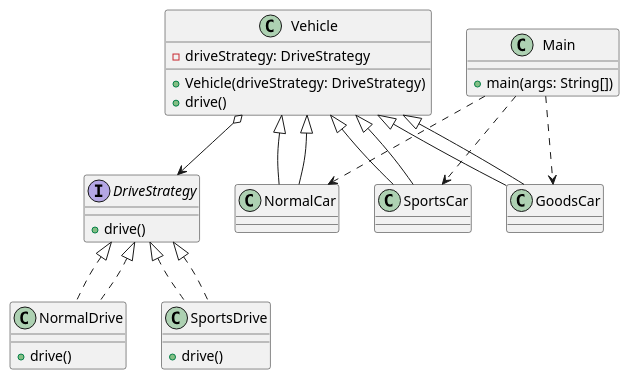
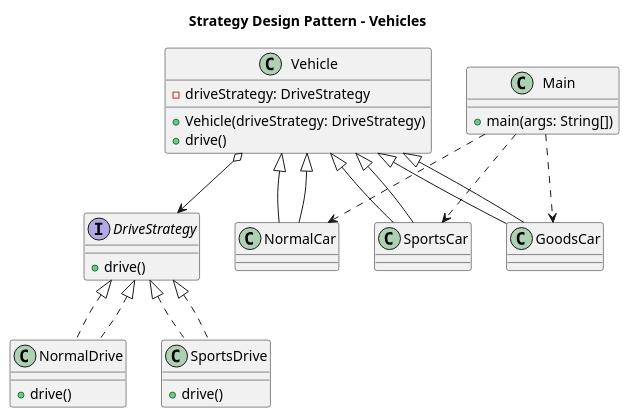
One commit to asheeshsingh1/design-pattern changed the diagram in Behavioral/Strategy/Strategy.puml. Above: the diagram before and after it, drawn with PlantUML. The commit also changed 8 other files, not shown here.

Commit message:
Added Factory Design Pattern also updated puml for existing dp

```diff
--- a/Behavioral/Strategy/Strategy.puml
+++ b/Behavioral/Strategy/Strategy.puml
@@ -1,47 +1,49 @@
-@startuml
+@startuml Strategy
+title Strategy Design Pattern - Vehicles
+
 ' Interface
 interface DriveStrategy {
     +drive()
 }
 
 ' Strategy Implementations
 class NormalDrive implements DriveStrategy {
     +drive()
 }
 
 class SportsDrive implements DriveStrategy {
     +drive()
 }
 
 ' Context Class
 class Vehicle {
     -driveStrategy: DriveStrategy
     +Vehicle(driveStrategy: DriveStrategy)
     +drive()
 }
 
 ' Concrete Vehicle Types
 class NormalCar extends Vehicle
 class SportsCar extends Vehicle
 class GoodsCar extends Vehicle
 
 ' Main Class
 class Main {
     +main(args: String[])
 }
 
 ' Relationships
 DriveStrategy <|.. NormalDrive
 DriveStrategy <|.. SportsDrive
 
 Vehicle o--> DriveStrategy
 
 Vehicle <|-- NormalCar
 Vehicle <|-- SportsCar
 Vehicle <|-- GoodsCar
 
 Main ..> NormalCar
 Main ..> SportsCar
 Main ..> GoodsCar
 
 @enduml
```
